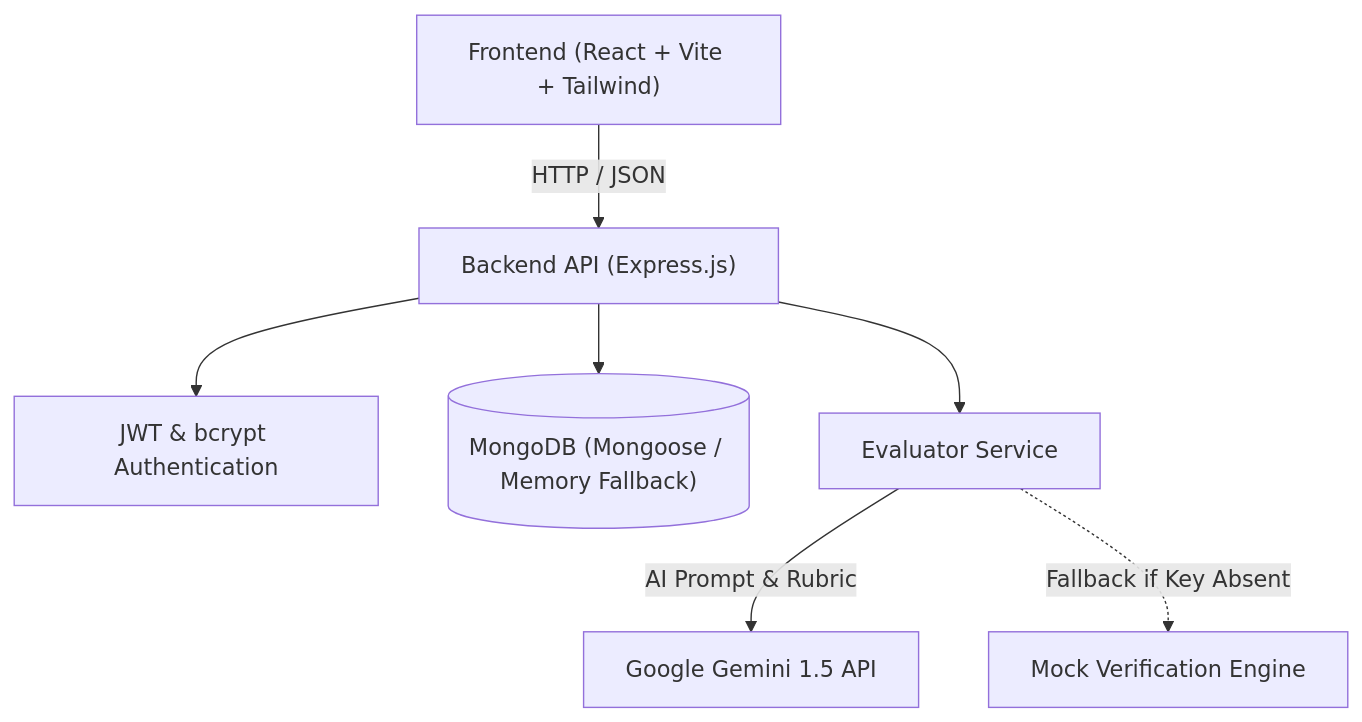
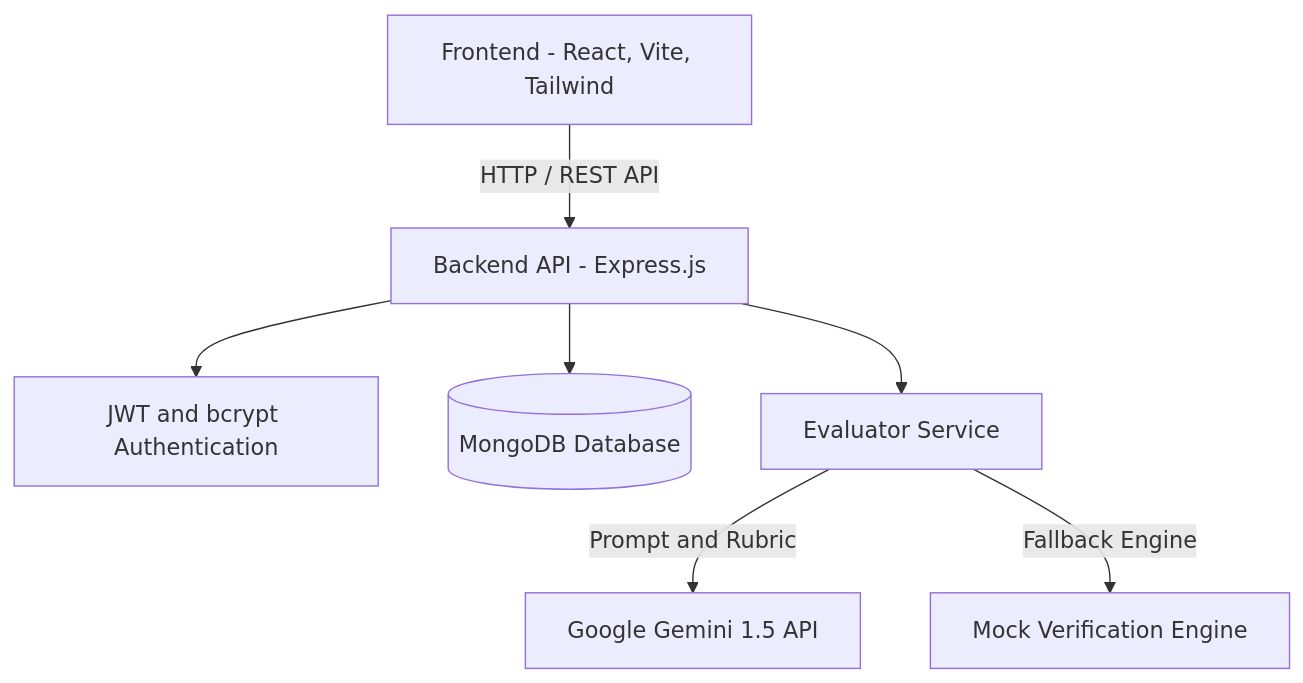
One commit to sweety123490/DebugShift changed the diagram in README.md. Above: the diagram before and after it, drawn with Mermaid.

Commit message:
docs: fix Mermaid architecture diagram syntax for GitHub markdown rendering

````diff
--- a/README.md
+++ b/README.md
@@ -75,9 +75,9 @@
 ```mermaid
-graph TD
-    Client["Frontend (React + Vite + Tailwind)"] -->|HTTP / JSON| API["Backend API (Express.js)"]
-    API --> Auth["JWT & bcrypt Authentication"]
-    API --> DB[("MongoDB (Mongoose / Memory Fallback)")]
+flowchart TD
+    Client["Frontend - React, Vite, Tailwind"] -->|HTTP / REST API| API["Backend API - Express.js"]
+    API --> Auth["JWT and bcrypt Authentication"]
+    API --> DB[("MongoDB Database")]
     API --> Evaluator["Evaluator Service"]
-    Evaluator -->|AI Prompt & Rubric| Gemini["Google Gemini 1.5 API"]
-    Evaluator -.->|Fallback if Key Absent| MockEngine["Mock Verification Engine"]
+    Evaluator -->|Prompt and Rubric| Gemini["Google Gemini 1.5 API"]
+    Evaluator -->|Fallback Engine| MockEngine["Mock Verification Engine"]
 ```
````
